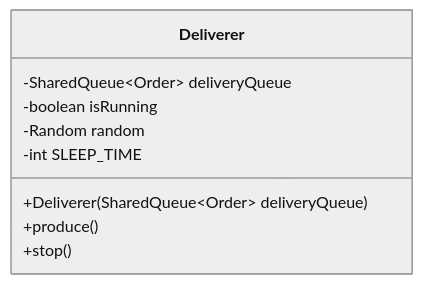
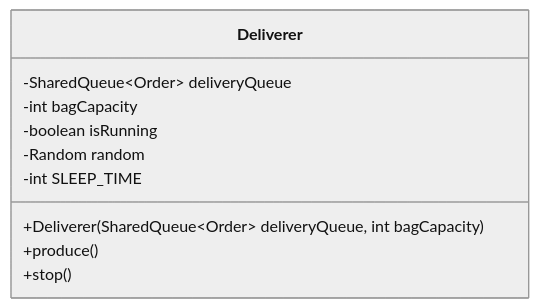
Before and after one commit to dTolmachev1/OOP: the diagram in Task_2_2_1/src/main/resources/Deliverer.mmd, drawn with Mermaid (neutral theme). The commit also changed 14 other files, not shown here.

```diff
--- a/Task_2_2_1/src/main/resources/Deliverer.mmd
+++ b/Task_2_2_1/src/main/resources/Deliverer.mmd
@@ -1,10 +1,11 @@
 classDiagram
     class Deliverer {
         -SharedQueue~Order~ deliveryQueue
+        -int bagCapacity
         -boolean isRunning
         -Random random
         -int SLEEP_TIME
-        +Deliverer(SharedQueue~Order~ deliveryQueue)
+        +Deliverer(SharedQueue~Order~ deliveryQueue, int bagCapacity)
         +produce()
         +stop()
     }
```
